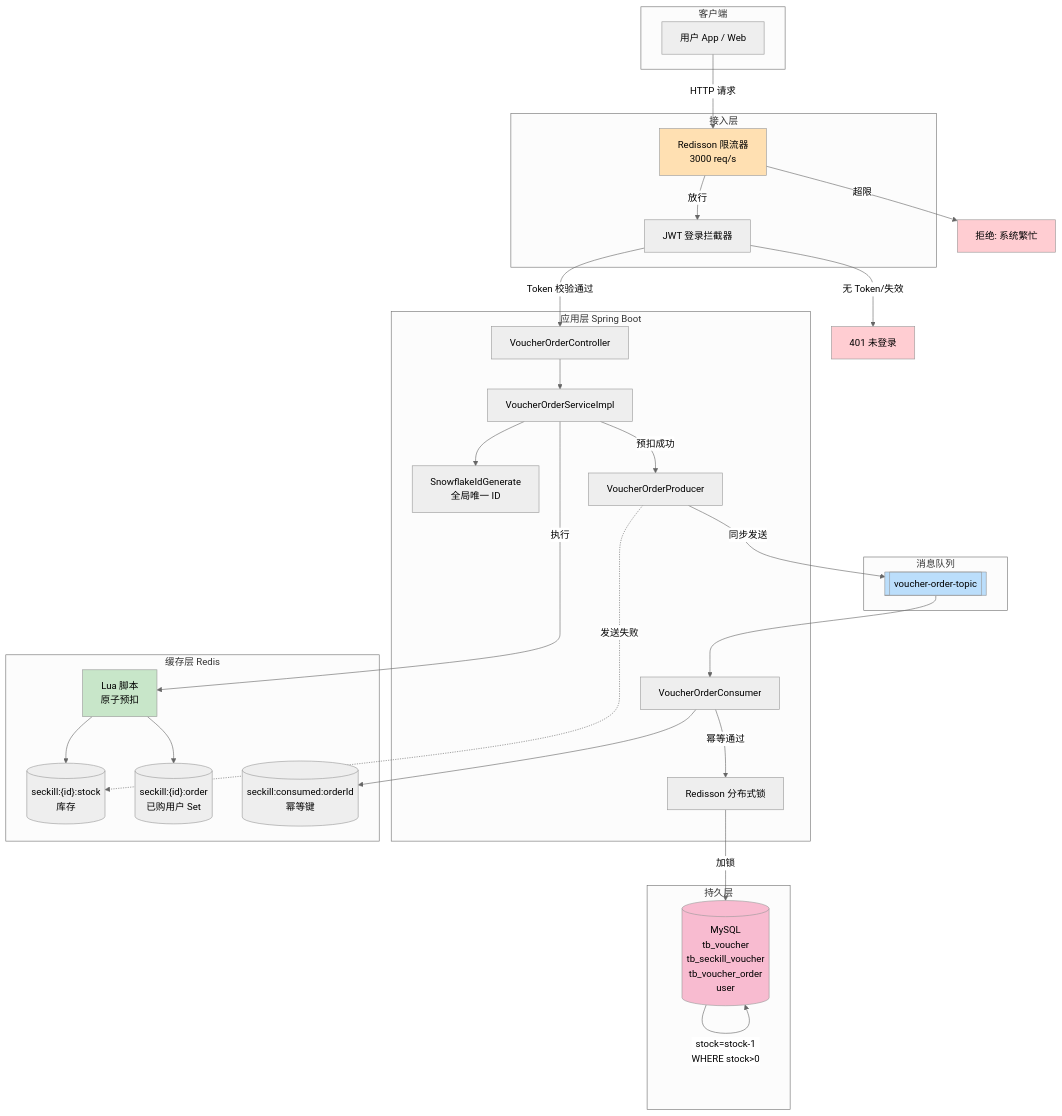
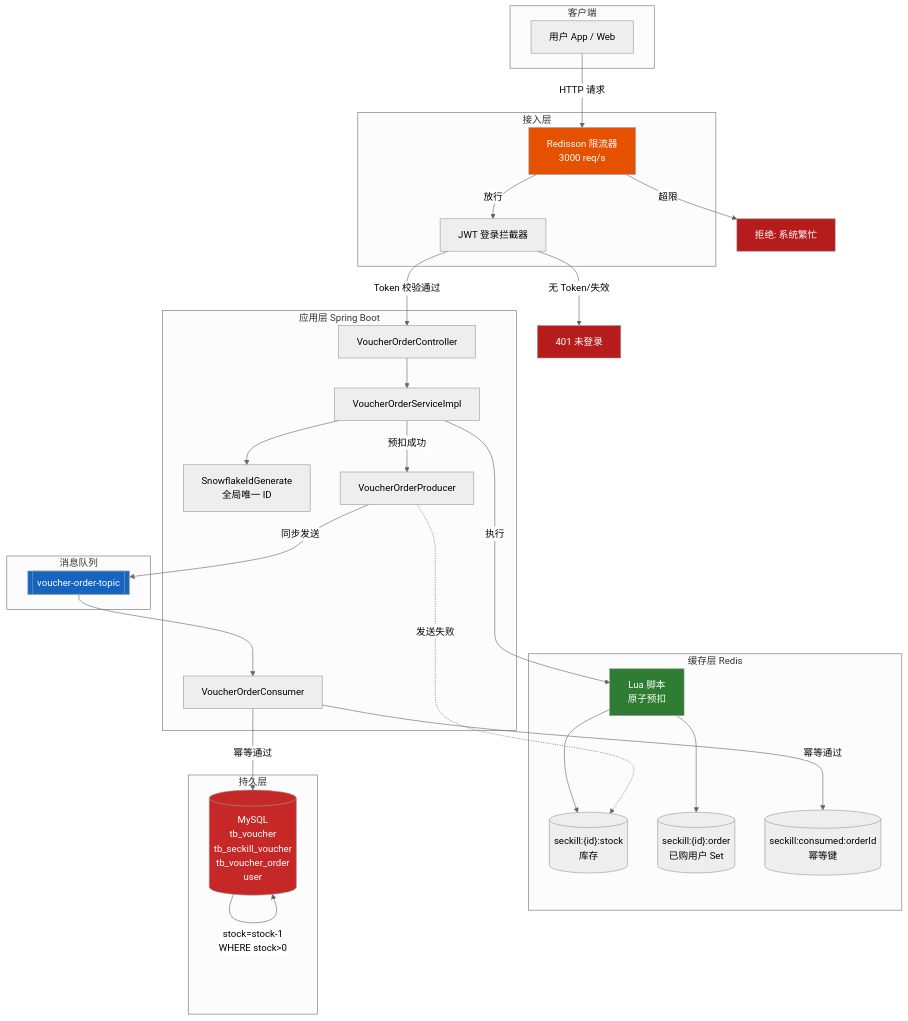
The first of 3 diagrams in README.md (Shardkiht/FlashDeal), drawn with Mermaid (neutral theme) before and after one commit. The commit also changed other lines of this file, not shown here.

````diff
--- a/README.md
+++ b/README.md
@@ -67,63 +67,61 @@
 ```mermaid
 flowchart TB
     subgraph Client["客户端"]
         U["用户 App / Web"]
     end
 
     subgraph Gateway["接入层"]
         RL["Redisson 限流器<br/>3000 req/s"]
         LI["JWT 登录拦截器"]
     end
 
     subgraph App["应用层 Spring Boot"]
         CTRL["VoucherOrderController"]
         SVC["VoucherOrderServiceImpl"]
         IDG["SnowflakeIdGenerate<br/>全局唯一 ID"]
         PROD["VoucherOrderProducer"]
         CONS["VoucherOrderConsumer"]
-        LOCK["Redisson 分布式锁"]
     end
 
     subgraph Cache["缓存层 Redis"]
         STOCK[("seckill:{id}:stock<br/>库存")]
         ORDER[("seckill:{id}:order<br/>已购用户 Set")]
         IDEM[("seckill:consumed:orderId<br/>幂等键")]
 
         LUA["Lua 脚本<br/>原子预扣"]
     end
 
     subgraph MQ["消息队列"]
         TOPIC[["voucher-order-topic"]]
     end
 
     subgraph DB["持久层"]
         MYSQL[("MySQL<br/>tb_voucher<br/>tb_seckill_voucher<br/>tb_voucher_order<br/>user")]
     end
 
     U -->|HTTP 请求| RL
     RL -->|放行| LI
     RL -->|超限| REJ["拒绝: 系统繁忙"]
     LI -->|Token 校验通过| CTRL
     LI -->|无 Token/失效| UNAUTH["401 未登录"]
     CTRL --> SVC
     SVC --> IDG
 
     SVC -->|执行| LUA
     LUA --> STOCK
     LUA --> ORDER
     SVC -->|预扣成功| PROD
     PROD -->|同步发送| TOPIC
     PROD -.->|发送失败| STOCK
     TOPIC --> CONS
-    CONS --> IDEM
-    CONS -->|幂等通过| LOCK
-    LOCK -->|加锁| MYSQL
+    CONS -->|幂等通过| IDEM
+    CONS -->|幂等通过| MYSQL
     MYSQL -->|stock=stock-1<br/>WHERE stock>0| MYSQL
 
-    style RL fill:#ffe0b2
-    style LUA fill:#c8e6c9
-    style TOPIC fill:#bbdefb
-    style MYSQL fill:#f8bbd0
-    style REJ fill:#ffcdd2
-    style UNAUTH fill:#ffcdd2
+    style RL fill:#e65100,color:#fff
+    style LUA fill:#2e7d32,color:#fff
+    style TOPIC fill:#1565c0,color:#fff
+    style MYSQL fill:#c62828,color:#fff
+    style REJ fill:#b71c1c,color:#fff
+    style UNAUTH fill:#b71c1c,color:#fff
 ```
````
